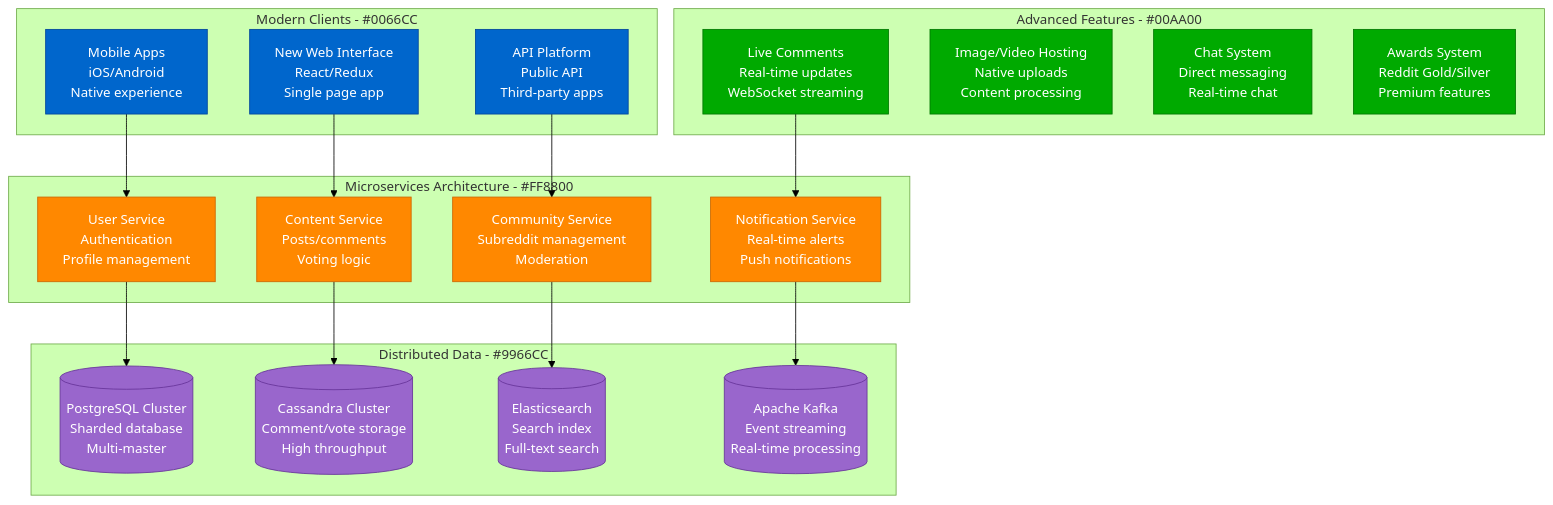
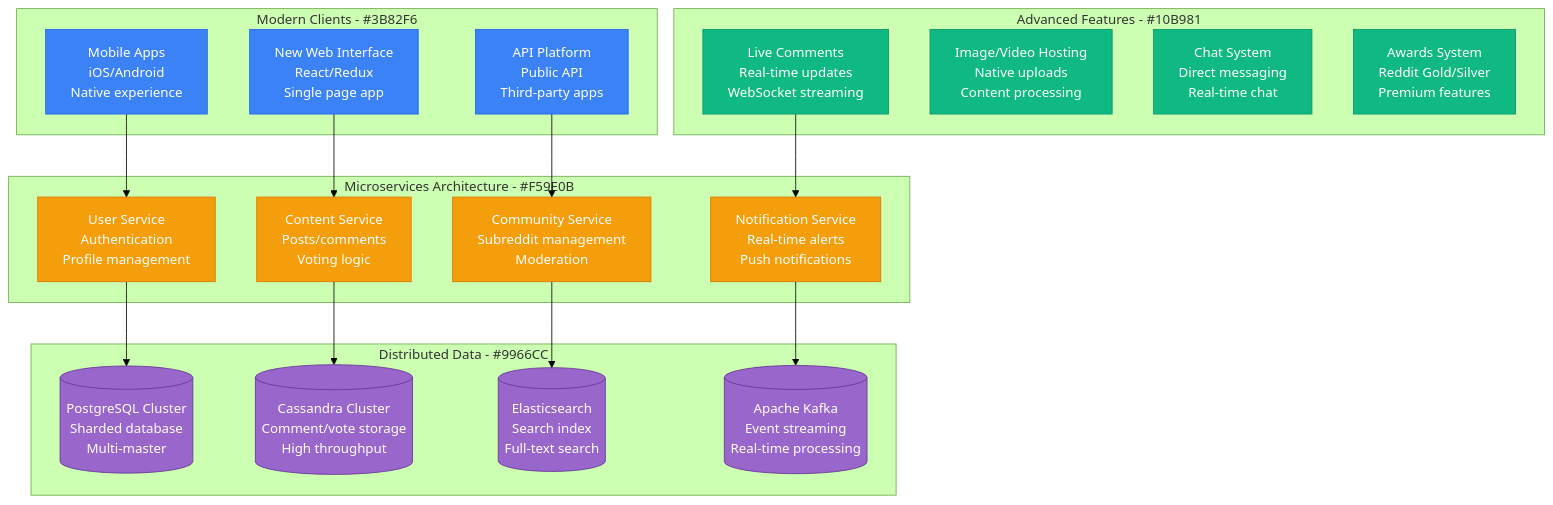
The third of 3 diagrams in site/docs/scaling/reddit-scale-evolution.md (deepaucksharma/DS), drawn with Mermaid (forest theme) before and after one commit. The commit also changed other lines of this file and 187 other files, not shown here.

````diff
--- a/site/docs/scaling/reddit-scale-evolution.md
+++ b/site/docs/scaling/reddit-scale-evolution.md
@@ -117,48 +117,48 @@
 ```mermaid
 graph TB
-    subgraph ModernClients[Modern Clients - #0066CC]
+    subgraph ModernClients[Modern Clients - #3B82F6]
         MOBILE_APPS[Mobile Apps<br/>iOS/Android<br/>Native experience]
         NEW_WEB[New Web Interface<br/>React/Redux<br/>Single page app]
         API_PLATFORM[API Platform<br/>Public API<br/>Third-party apps]
     end
 
-    subgraph AdvancedFeatures[Advanced Features - #00AA00]
+    subgraph AdvancedFeatures[Advanced Features - #10B981]
         LIVE_COMMENTS[Live Comments<br/>Real-time updates<br/>WebSocket streaming]
         IMAGE_HOSTING[Image/Video Hosting<br/>Native uploads<br/>Content processing]
         CHAT_SYSTEM[Chat System<br/>Direct messaging<br/>Real-time chat]
         AWARDS_SYSTEM[Awards System<br/>Reddit Gold/Silver<br/>Premium features]
     end
 
-    subgraph MicroservicesArch[Microservices Architecture - #FF8800]
+    subgraph MicroservicesArch[Microservices Architecture - #F59E0B]
         USER_SERVICE[User Service<br/>Authentication<br/>Profile management]
         CONTENT_SERVICE[Content Service<br/>Posts/comments<br/>Voting logic]
         COMMUNITY_SERVICE[Community Service<br/>Subreddit management<br/>Moderation]
         NOTIFICATION_SERVICE[Notification Service<br/>Real-time alerts<br/>Push notifications]
     end
 
     subgraph DistributedData[Distributed Data - #9966CC]
         POSTGRES_CLUSTER[(PostgreSQL Cluster<br/>Sharded database<br/>Multi-master)]
         CASSANDRA_CLUSTER[(Cassandra Cluster<br/>Comment/vote storage<br/>High throughput)]
         ELASTICSEARCH[(Elasticsearch<br/>Search index<br/>Full-text search)]
         KAFKA[(Apache Kafka<br/>Event streaming<br/>Real-time processing)]
     end
 
     MOBILE_APPS --> USER_SERVICE
     NEW_WEB --> CONTENT_SERVICE
     API_PLATFORM --> COMMUNITY_SERVICE
     LIVE_COMMENTS --> NOTIFICATION_SERVICE
     USER_SERVICE --> POSTGRES_CLUSTER
     CONTENT_SERVICE --> CASSANDRA_CLUSTER
     COMMUNITY_SERVICE --> ELASTICSEARCH
     NOTIFICATION_SERVICE --> KAFKA
 
-    classDef clientStyle fill:#0066CC,stroke:#004499,color:#fff
-    classDef featureStyle fill:#00AA00,stroke:#007700,color:#fff
-    classDef serviceStyle fill:#FF8800,stroke:#CC6600,color:#fff
+    classDef clientStyle fill:#3B82F6,stroke:#2563EB,color:#fff
+    classDef featureStyle fill:#10B981,stroke:#059669,color:#fff
+    classDef serviceStyle fill:#F59E0B,stroke:#D97706,color:#fff
     classDef dataStyle fill:#9966CC,stroke:#663399,color:#fff
 
     class MOBILE_APPS,NEW_WEB,API_PLATFORM clientStyle
     class LIVE_COMMENTS,IMAGE_HOSTING,CHAT_SYSTEM,AWARDS_SYSTEM featureStyle
     class USER_SERVICE,CONTENT_SERVICE,COMMUNITY_SERVICE,NOTIFICATION_SERVICE serviceStyle
     class POSTGRES_CLUSTER,CASSANDRA_CLUSTER,ELASTICSEARCH,KAFKA dataStyle
 ```
````
